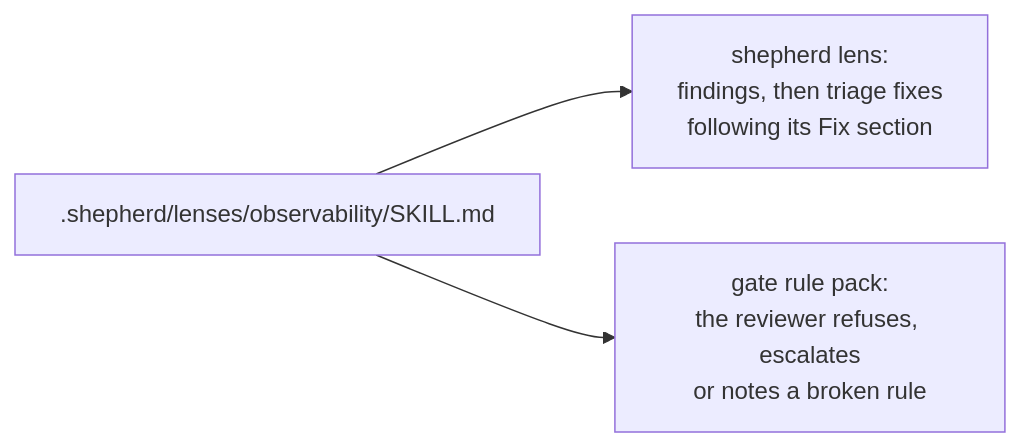
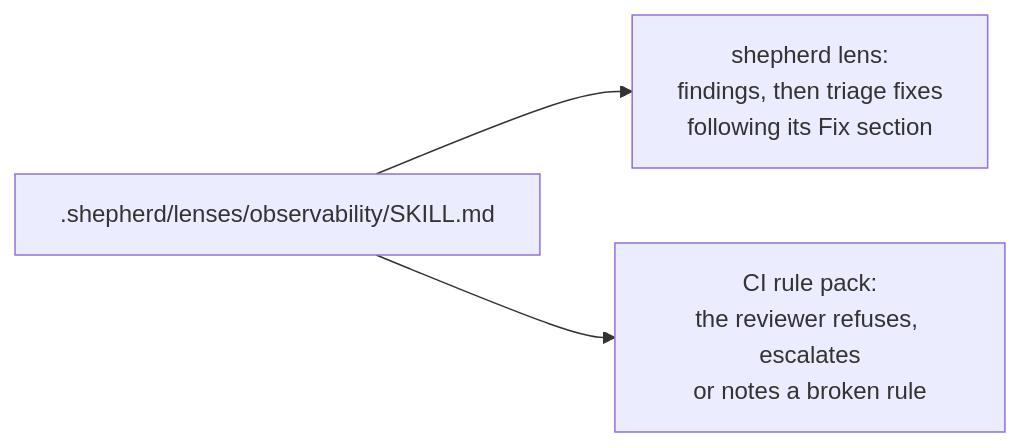
Before and after one commit to jagreehal/shepherd: the second of 2 diagrams in docs/src/content/docs/configuration/lenses.md, drawn with Mermaid. The commit also changed other lines of this file and 77 other files, not shown here.

````diff
--- a/docs/src/content/docs/configuration/lenses.md
+++ b/docs/src/content/docs/configuration/lenses.md
@@ -65,5 +65,5 @@
 ```mermaid
 flowchart LR
     P[.shepherd/lenses/observability/SKILL.md] --> L[shepherd lens:<br/>findings, then triage fixes<br/>following its Fix section]
-    P --> R[gate rule pack:<br/>the reviewer refuses, escalates<br/>or notes a broken rule]
+    P --> R[CI rule pack:<br/>the reviewer refuses, escalates<br/>or notes a broken rule]
 ```
````
